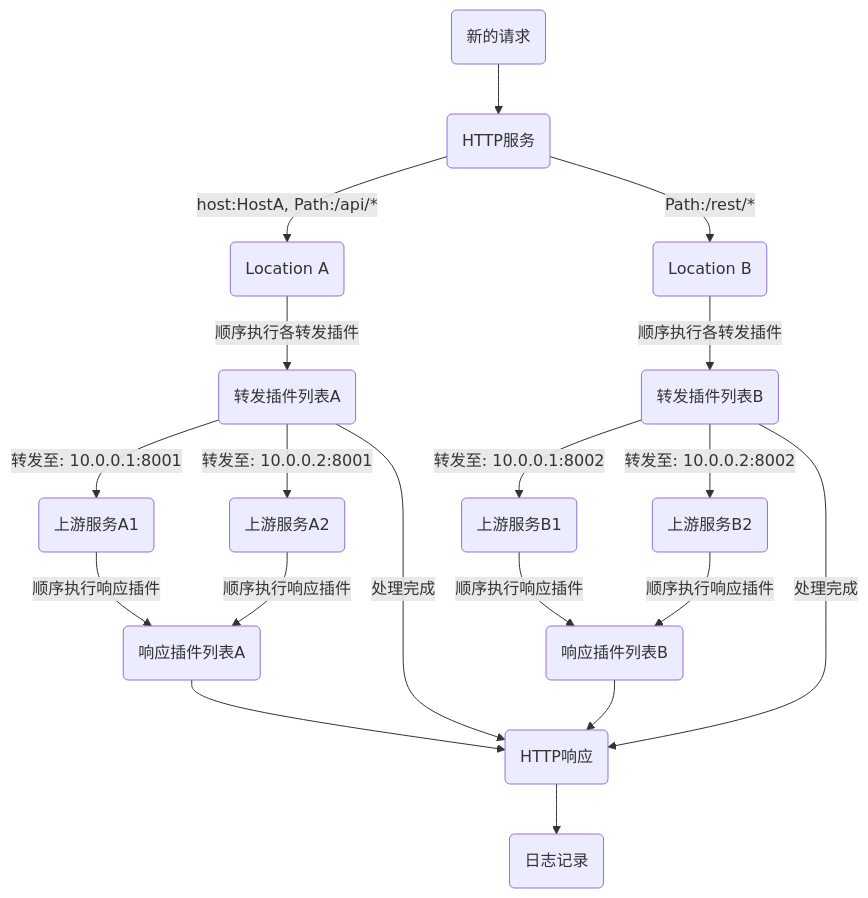
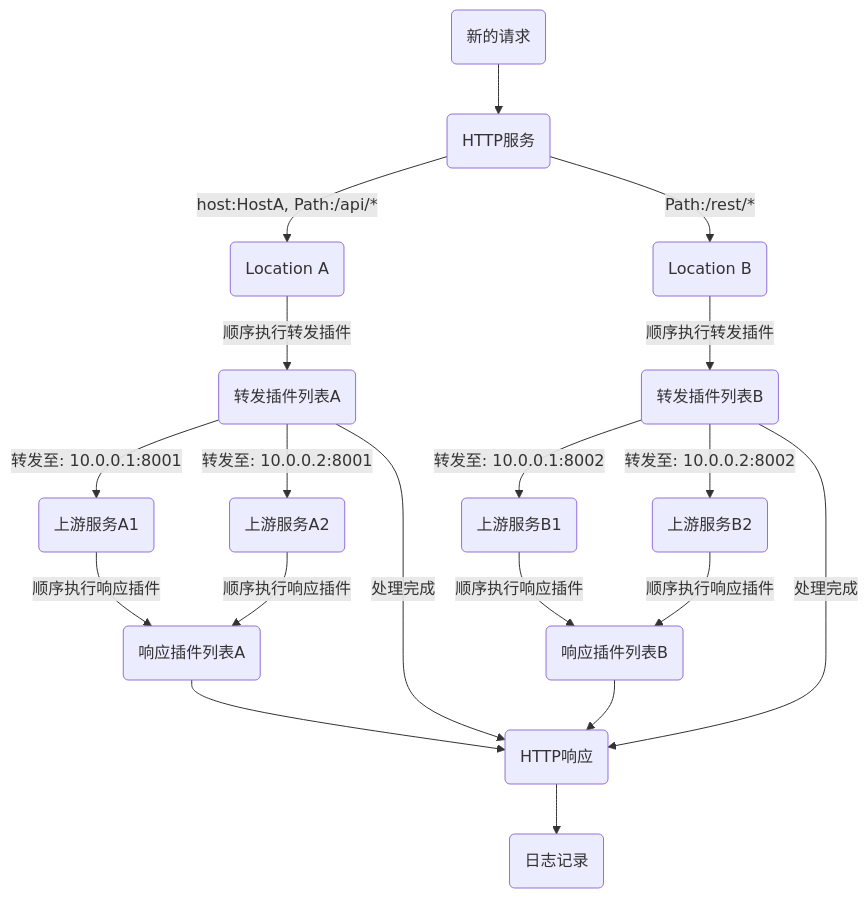
Before and after one commit to vicanso/pingap: the diagram in docs/phase_chart_zh.md, drawn with Mermaid. The commit also changed 20 other files, not shown here.

````diff
--- a/docs/phase_chart_zh.md
+++ b/docs/phase_chart_zh.md
@@ -5,47 +5,47 @@
 ```mermaid
 graph TD;
     server("HTTP服务");
     locationA("Location A");
     locationB("Location B");
     locationPluginListA("转发插件列表A");
     locationPluginListB("转发插件列表B");
     upstreamA1("上游服务A1");
     upstreamA2("上游服务A2");
     upstreamB1("上游服务B1");
     upstreamB2("上游服务B2");
     locationResponsePluginListA("响应插件列表A");
     locationResponsePluginListB("响应插件列表B");
 
     start("新的请求") --> server
 
     server -- "host:HostA, Path:/api/*" --> locationA
 
     server -- "Path:/rest/*"--> locationB
 
-    locationA -- "顺序执行各转发插件" --> locationPluginListA
+    locationA -- "顺序执行转发插件" --> locationPluginListA
 
-    locationB -- "顺序执行各转发插件" --> locationPluginListB
+    locationB -- "顺序执行转发插件" --> locationPluginListB
 
     locationPluginListA -- "转发至: 10.0.0.1:8001" --> upstreamA1
 
     locationPluginListA -- "转发至: 10.0.0.2:8001" --> upstreamA2
 
     locationPluginListA -- "处理完成" --> response
 
     locationPluginListB -- "转发至: 10.0.0.1:8002" --> upstreamB1
 
     locationPluginListB -- "转发至: 10.0.0.2:8002" --> upstreamB2
 
     locationPluginListB -- "处理完成" --> response
 
     upstreamA1 -- "顺序执行响应插件" --> locationResponsePluginListA
     upstreamA2 -- "顺序执行响应插件" --> locationResponsePluginListA
 
     upstreamB1 -- "顺序执行响应插件" --> locationResponsePluginListB
     upstreamB2 -- "顺序执行响应插件" --> locationResponsePluginListB
 
     locationResponsePluginListA --> response
     locationResponsePluginListB --> response
 
     response("HTTP响应") --> stop("日志记录");
 ```
````
